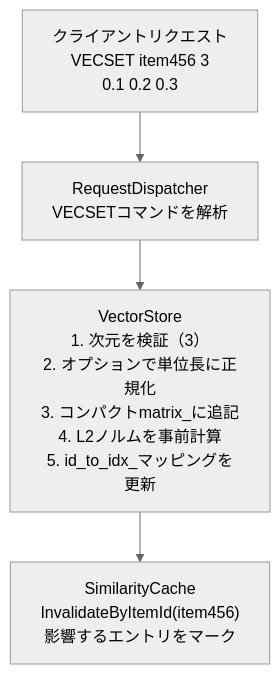
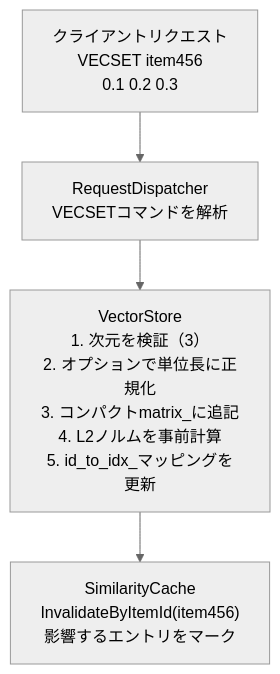
One commit to libraz/nvecd changed the third of 7 diagrams in docs/ja/architecture.md. Above: the diagram before and after it, drawn with Mermaid (neutral theme). The commit also changed 21 other files, not shown here.

````diff
--- a/docs/ja/architecture.md
+++ b/docs/ja/architecture.md
@@ -434,11 +434,11 @@
 ```mermaid
 flowchart TD
-    Client["クライアントリクエスト<br/>VECSET item456 3<br/>0.1 0.2 0.3"]
+    Client["クライアントリクエスト<br/>VECSET item456<br/>0.1 0.2 0.3"]
     Dispatcher["RequestDispatcher<br/>VECSETコマンドを解析"]
     VectorStore["VectorStore<br/>1. 次元を検証（3）<br/>2. オプションで単位長に正規化<br/>3. コンパクトmatrix_に追記<br/>4. L2ノルムを事前計算<br/>5. id_to_idx_マッピングを更新"]
     Cache["SimilarityCache<br/>InvalidateByItemId(item456)<br/>影響するエントリをマーク"]
 
     Client --> Dispatcher
     Dispatcher --> VectorStore
     VectorStore --> Cache
 ```
````
